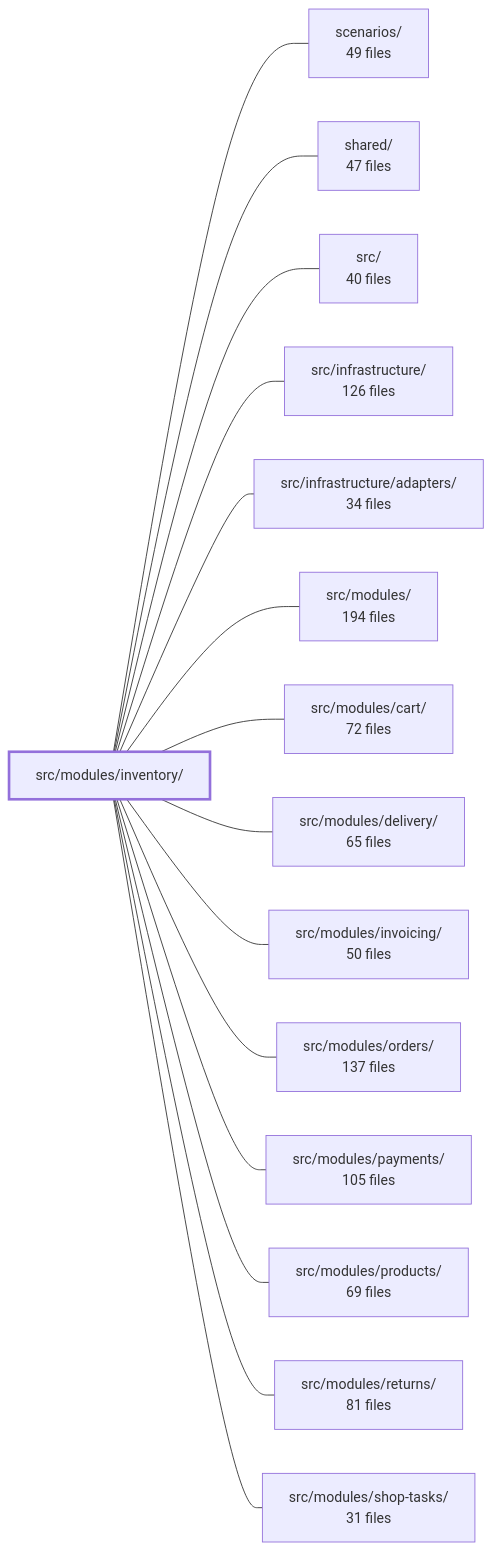
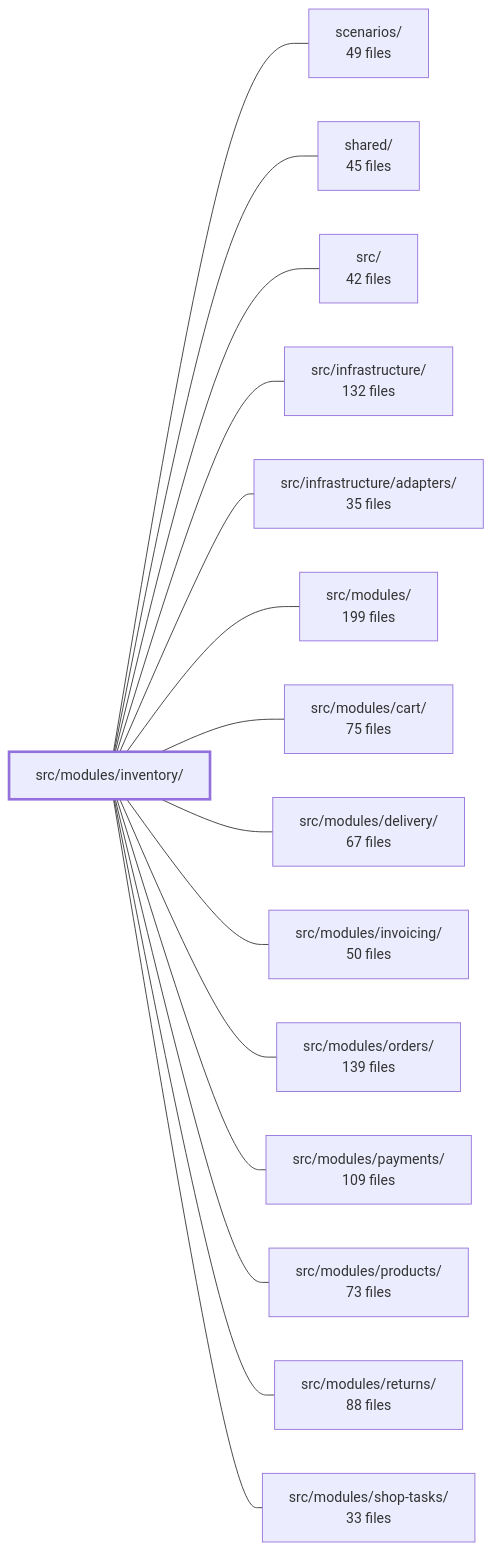
Before and after one commit to Guebbit/boilerplate-node-backend: the diagram in .2brain/modules/boilerplate-node-backend_src_modules_inventory.md, drawn with Mermaid. The commit also changed other lines of this file and 1102 other files, not shown here.

````diff
--- a/.2brain/modules/boilerplate-node-backend_src_modules_inventory.md
+++ b/.2brain/modules/boilerplate-node-backend_src_modules_inventory.md
@@ -42,33 +43,33 @@
 ```mermaid
 flowchart LR
     m_src_modules_inventory["src/modules/inventory/"]
     m_scenarios["scenarios/<br/>49 files"]
-    m_shared["shared/<br/>47 files"]
-    m_src["src/<br/>40 files"]
-    m_src_infrastructure["src/infrastructure/<br/>126 files"]
-    m_src_infrastructure_adapters["src/infrastructure/adapters/<br/>34 files"]
-    m_src_modules["src/modules/<br/>194 files"]
-    m_src_modules_cart["src/modules/cart/<br/>72 files"]
-    m_src_modules_delivery["src/modules/delivery/<br/>65 files"]
+    m_shared["shared/<br/>45 files"]
+    m_src["src/<br/>42 files"]
+    m_src_infrastructure["src/infrastructure/<br/>132 files"]
+    m_src_infrastructure_adapters["src/infrastructure/adapters/<br/>35 files"]
+    m_src_modules["src/modules/<br/>199 files"]
+    m_src_modules_cart["src/modules/cart/<br/>75 files"]
+    m_src_modules_delivery["src/modules/delivery/<br/>67 files"]
     m_src_modules_invoicing["src/modules/invoicing/<br/>50 files"]
-    m_src_modules_orders["src/modules/orders/<br/>137 files"]
-    m_src_modules_payments["src/modules/payments/<br/>105 files"]
-    m_src_modules_products["src/modules/products/<br/>69 files"]
-    m_src_modules_returns["src/modules/returns/<br/>81 files"]
-    m_src_modules_shop_tasks["src/modules/shop-tasks/<br/>31 files"]
+    m_src_modules_orders["src/modules/orders/<br/>139 files"]
+    m_src_modules_payments["src/modules/payments/<br/>109 files"]
+    m_src_modules_products["src/modules/products/<br/>73 files"]
+    m_src_modules_returns["src/modules/returns/<br/>88 files"]
+    m_src_modules_shop_tasks["src/modules/shop-tasks/<br/>33 files"]
     m_src_modules_inventory --- m_scenarios
     m_src_modules_inventory --- m_shared
     m_src_modules_inventory --- m_src
     m_src_modules_inventory --- m_src_infrastructure
     m_src_modules_inventory --- m_src_infrastructure_adapters
     m_src_modules_inventory --- m_src_modules
     m_src_modules_inventory --- m_src_modules_cart
     m_src_modules_inventory --- m_src_modules_delivery
     m_src_modules_inventory --- m_src_modules_invoicing
     m_src_modules_inventory --- m_src_modules_orders
     m_src_modules_inventory --- m_src_modules_payments
     m_src_modules_inventory --- m_src_modules_products
     m_src_modules_inventory --- m_src_modules_returns
     m_src_modules_inventory --- m_src_modules_shop_tasks
     style m_src_modules_inventory stroke-width:3px
 ```
````
